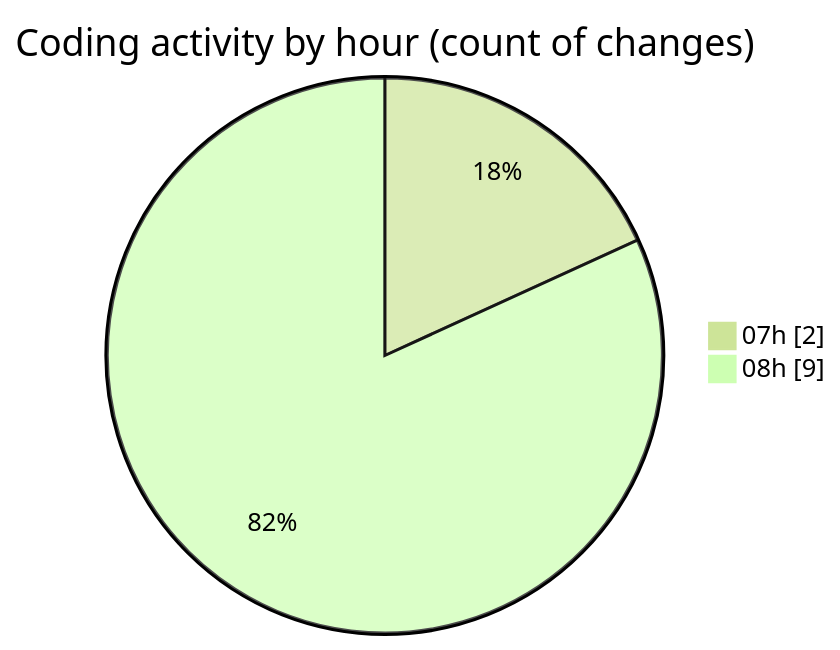
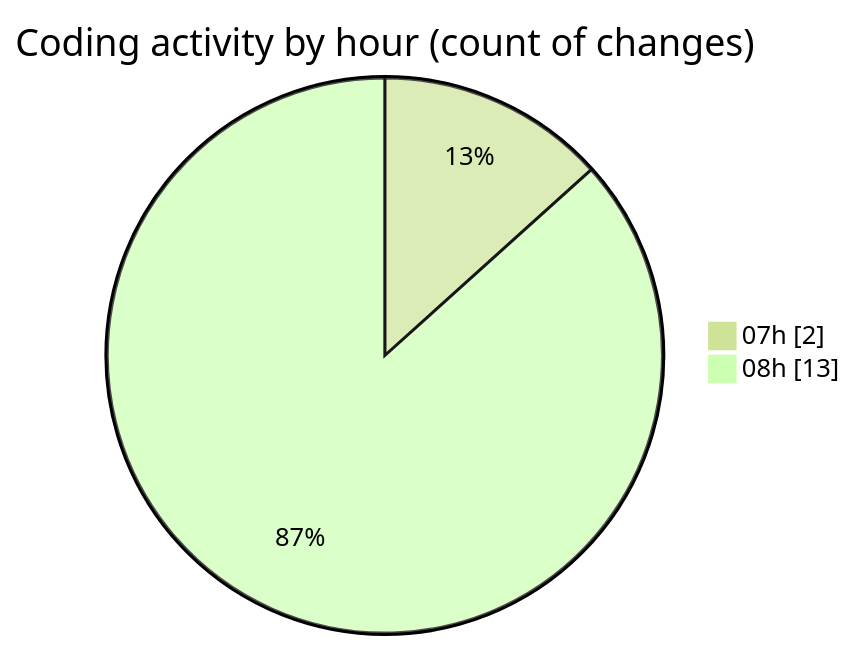
One commit to LanceThiago/code-tracking changed the second of 2 diagrams in 2025-01-09/nueva_carpeta/README.md. Above: the diagram before and after it, drawn with Mermaid (forest theme). The commit also changed other lines of this file and 1 other file, not shown here.

````diff
--- a/2025-01-09/nueva_carpeta/README.md
+++ b/2025-01-09/nueva_carpeta/README.md
@@ -28,6 +28,6 @@
 ```mermaid
 pie showData
 title Coding activity by hour (count of changes)
 "07h" : 2
-"08h" : 9
+"08h" : 13
 ```
````
